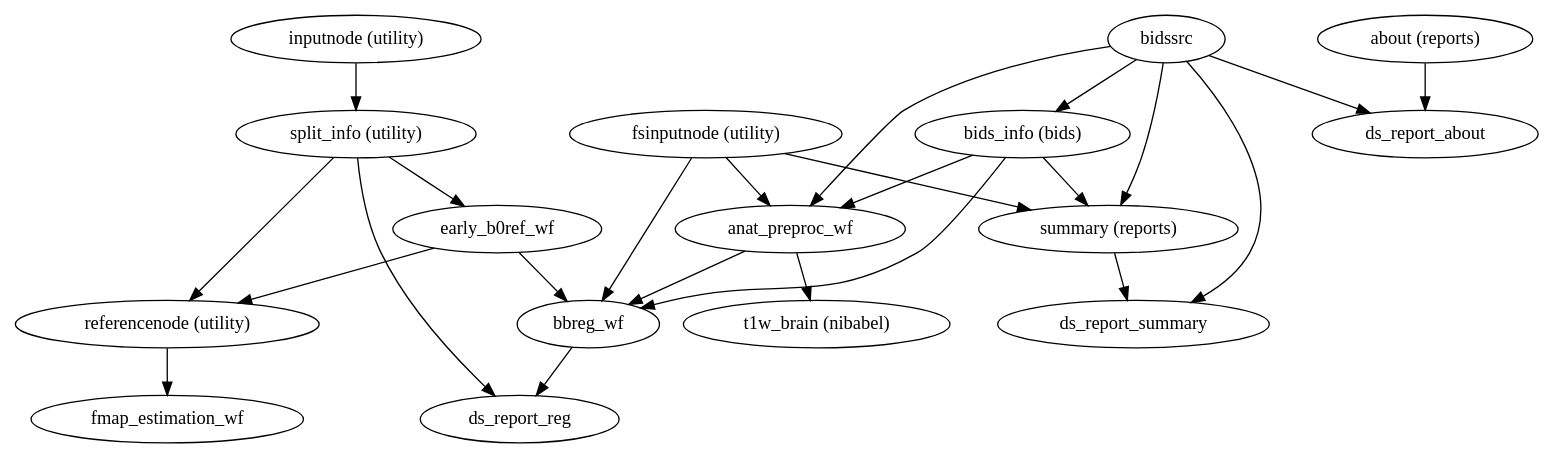
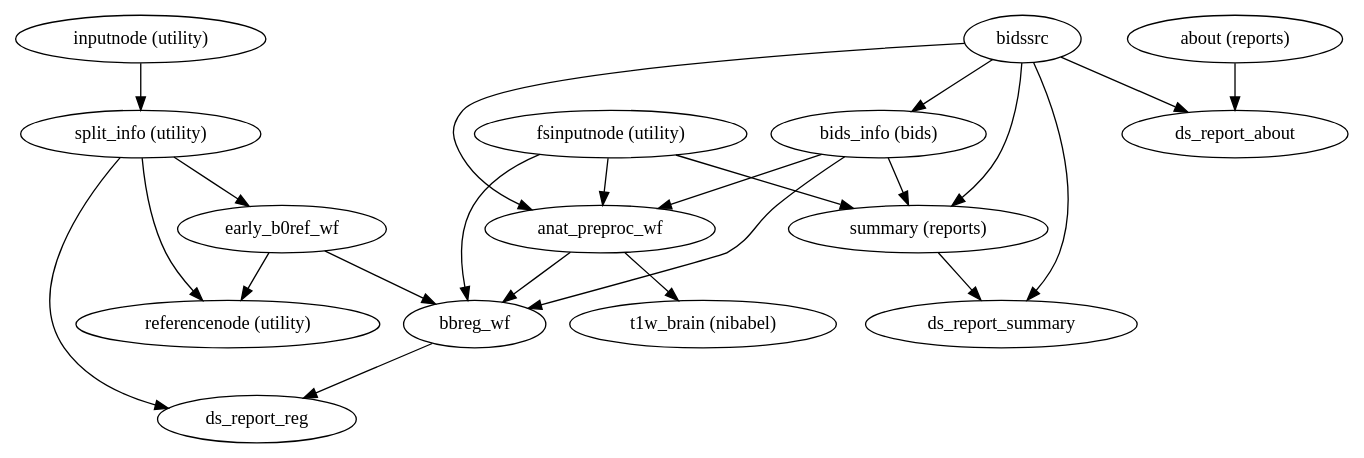
The diagram in 0.4.0/wf_directive/api/single_subject_THP0005_wf/dmriprep-workflows-base-2.dot (nipreps/dmriprep), drawn with Graphviz before and after one commit. The commit also changed 460 other files, not shown here.

```diff
--- a/0.4.0/wf_directive/api/single_subject_THP0005_wf/dmriprep-workflows-base-2.dot
+++ b/0.4.0/wf_directive/api/single_subject_THP0005_wf/dmriprep-workflows-base-2.dot
@@ -1,41 +1,39 @@
 strict digraph  {
 "fsinputnode (utility)";
 anat_preproc_wf;
 "summary (reports)";
 bbreg_wf;
 "t1w_brain (nibabel)";
 bidssrc;
 "bids_info (bids)";
 ds_report_summary;
 ds_report_about;
 "about (reports)";
 "inputnode (utility)";
 "split_info (utility)";
 early_b0ref_wf;
 "referencenode (utility)";
 ds_report_reg;
-fmap_estimation_wf;
 "fsinputnode (utility)" -> anat_preproc_wf;
 "fsinputnode (utility)" -> "summary (reports)";
 "fsinputnode (utility)" -> bbreg_wf;
 anat_preproc_wf -> "t1w_brain (nibabel)";
 anat_preproc_wf -> bbreg_wf;
 "summary (reports)" -> ds_report_summary;
 bbreg_wf -> ds_report_reg;
 bidssrc -> "bids_info (bids)";
 bidssrc -> "summary (reports)";
 bidssrc -> anat_preproc_wf;
 bidssrc -> ds_report_summary;
 bidssrc -> ds_report_about;
 "bids_info (bids)" -> "summary (reports)";
 "bids_info (bids)" -> anat_preproc_wf;
 "bids_info (bids)" -> bbreg_wf;
 "about (reports)" -> ds_report_about;
 "inputnode (utility)" -> "split_info (utility)";
 "split_info (utility)" -> early_b0ref_wf;
 "split_info (utility)" -> "referencenode (utility)";
 "split_info (utility)" -> ds_report_reg;
 early_b0ref_wf -> "referencenode (utility)";
 early_b0ref_wf -> bbreg_wf;
-"referencenode (utility)" -> fmap_estimation_wf;
 }
```
